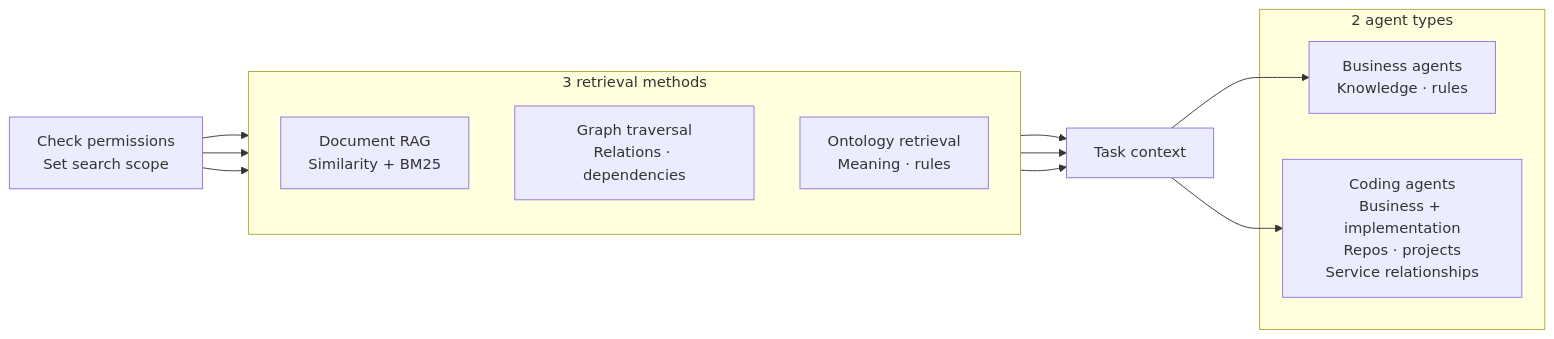
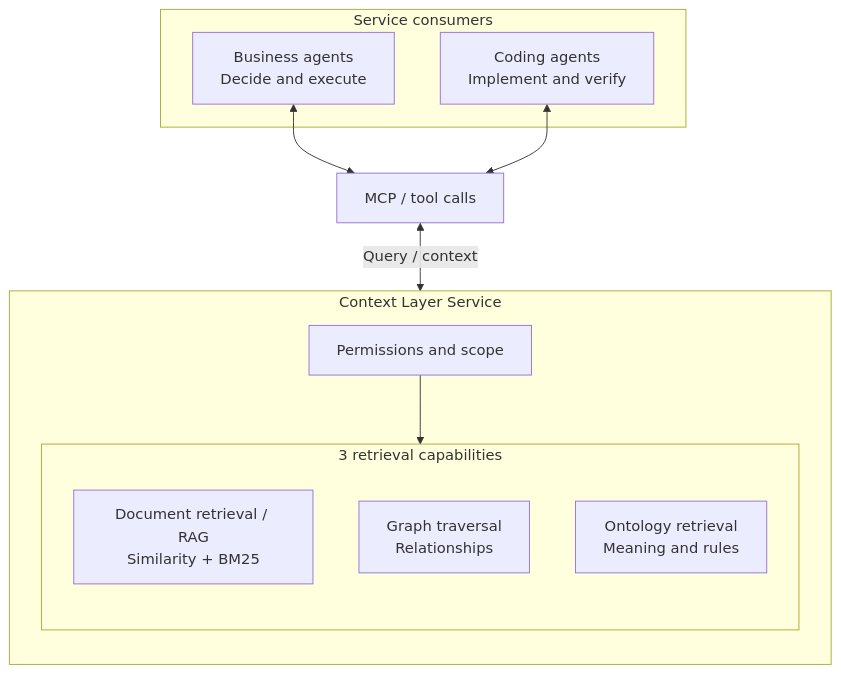
One commit to haandol/haandol.github.com changed the fourth of 6 diagrams in _en/2026-11-05-enterprise-wide-ax-essentials.md. Above: the diagram before and after it, drawn with Mermaid. The commit also changed other lines of this file and 5 other files, not shown here.

````diff
--- a/_en/2026-11-05-enterprise-wide-ax-essentials.md
+++ b/_en/2026-11-05-enterprise-wide-ax-essentials.md
@@ -170,22 +167,21 @@
 ```mermaid
-flowchart LR
-  P["Check permissions<br/>Set search scope"]
-  subgraph K["3 retrieval methods"]
+flowchart TB
+  subgraph U["Service consumers"]
+    B["Business agents<br/>Decide and execute"]
+    D["Coding agents<br/>Implement and verify"]
+  end
+  B <--> M["MCP / tool calls"]
+  D <--> M
+  M <-->|"Query / context"| S
+  subgraph S["Context Layer Service"]
     direction TB
-    R["Document RAG<br/>Similarity + BM25"]
-    G["Graph traversal<br/>Relations · dependencies"]
-    O["Ontology retrieval<br/>Meaning · rules"]
+    P["Permissions and scope"]
+    subgraph Q["3 retrieval capabilities"]
+      direction TB
+      R["Document retrieval / RAG<br/>Similarity + BM25"]
+      G["Graph traversal<br/>Relationships"]
+      O["Ontology retrieval<br/>Meaning and rules"]
+    end
+    P --> Q
   end
-  P --> R
-  P --> G
-  P --> O
-  R --> C["Task context"]
-  G --> C
-  O --> C
-  subgraph U["2 agent types"]
-    B["Business agents<br/>Knowledge · rules"]
-    D["Coding agents<br/>Business + implementation<br/>Repos · projects<br/>Service relationships"]
-  end
-  C --> B
-  C --> D
 ```
````
